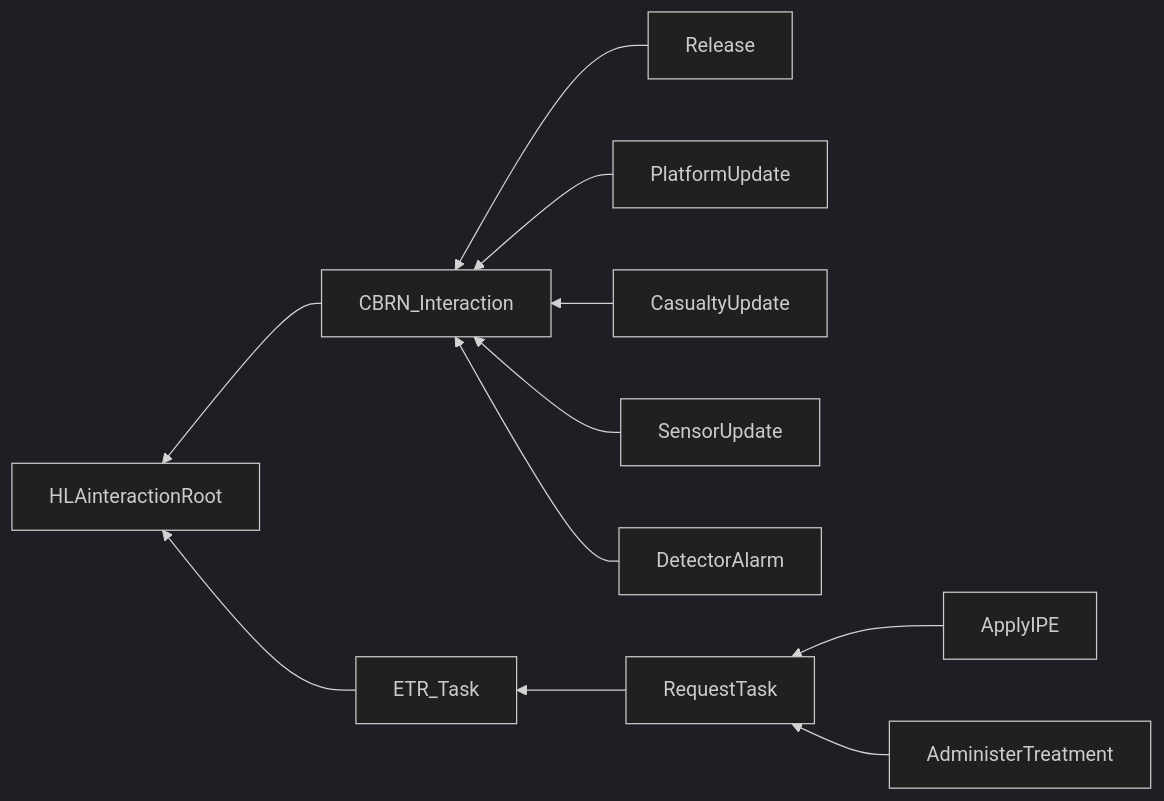
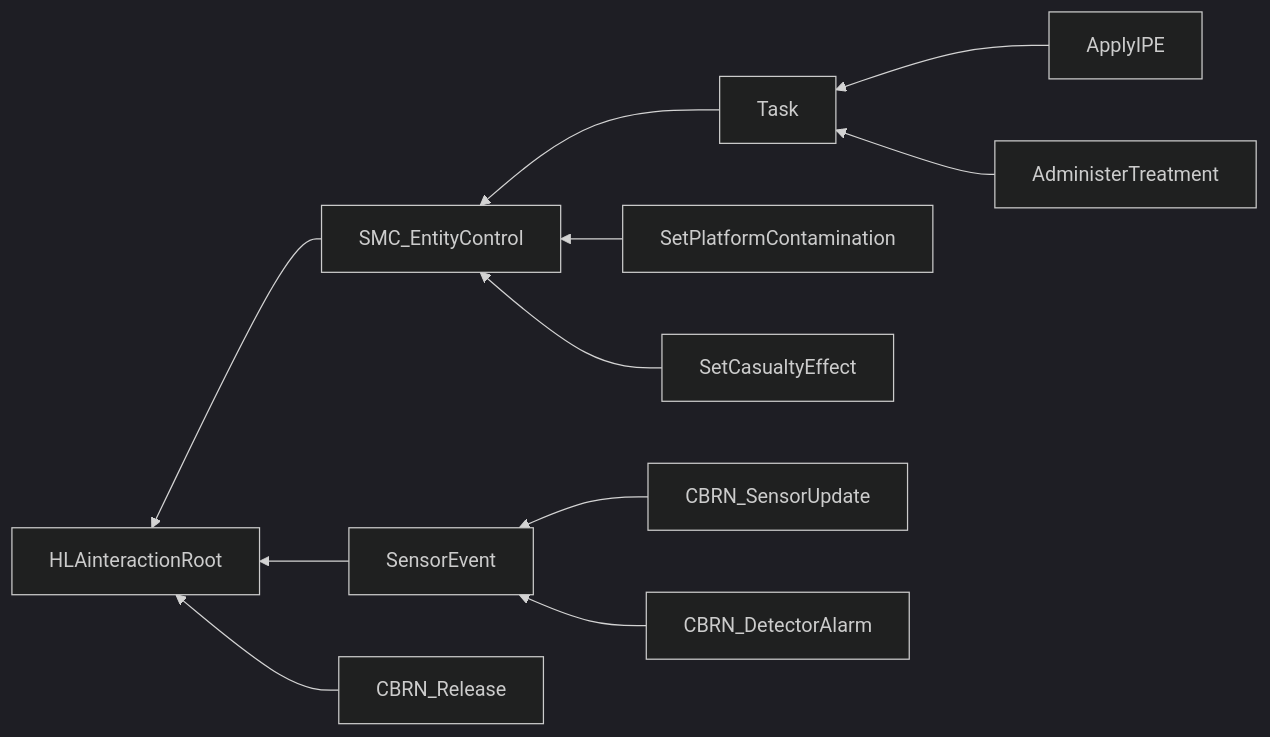
Before and after one commit to AMSP-04/NETN-CBRN: the second of 2 diagrams in NETN-CBRN.md, drawn with Mermaid (dark theme). The commit also changed other lines of this file and 3 other files, not shown here.

````diff
--- a/NETN-CBRN.md
+++ b/NETN-CBRN.md
@@ -274,13 +133,13 @@
 ```mermaid
 graph RL
-CBRN_Interaction-->HLAinteractionRoot
-ETR_Task-->HLAinteractionRoot
-Release-->CBRN_Interaction
-PlatformUpdate-->CBRN_Interaction
-CasualtyUpdate-->CBRN_Interaction
-SensorUpdate-->CBRN_Interaction
-DetectorAlarm-->CBRN_Interaction
-RequestTask-->ETR_Task
-ApplyIPE-->RequestTask
-AdministerTreatment-->RequestTask
+SMC_EntityControl-->HLAinteractionRoot
+SensorEvent-->HLAinteractionRoot
+CBRN_Release-->HLAinteractionRoot
+Task-->SMC_EntityControl
+SetPlatformContamination-->SMC_EntityControl
+SetCasualtyEffect-->SMC_EntityControl
+ApplyIPE-->Task
+AdministerTreatment-->Task
+CBRN_SensorUpdate-->SensorEvent
+CBRN_DetectorAlarm-->SensorEvent
 ```
````
